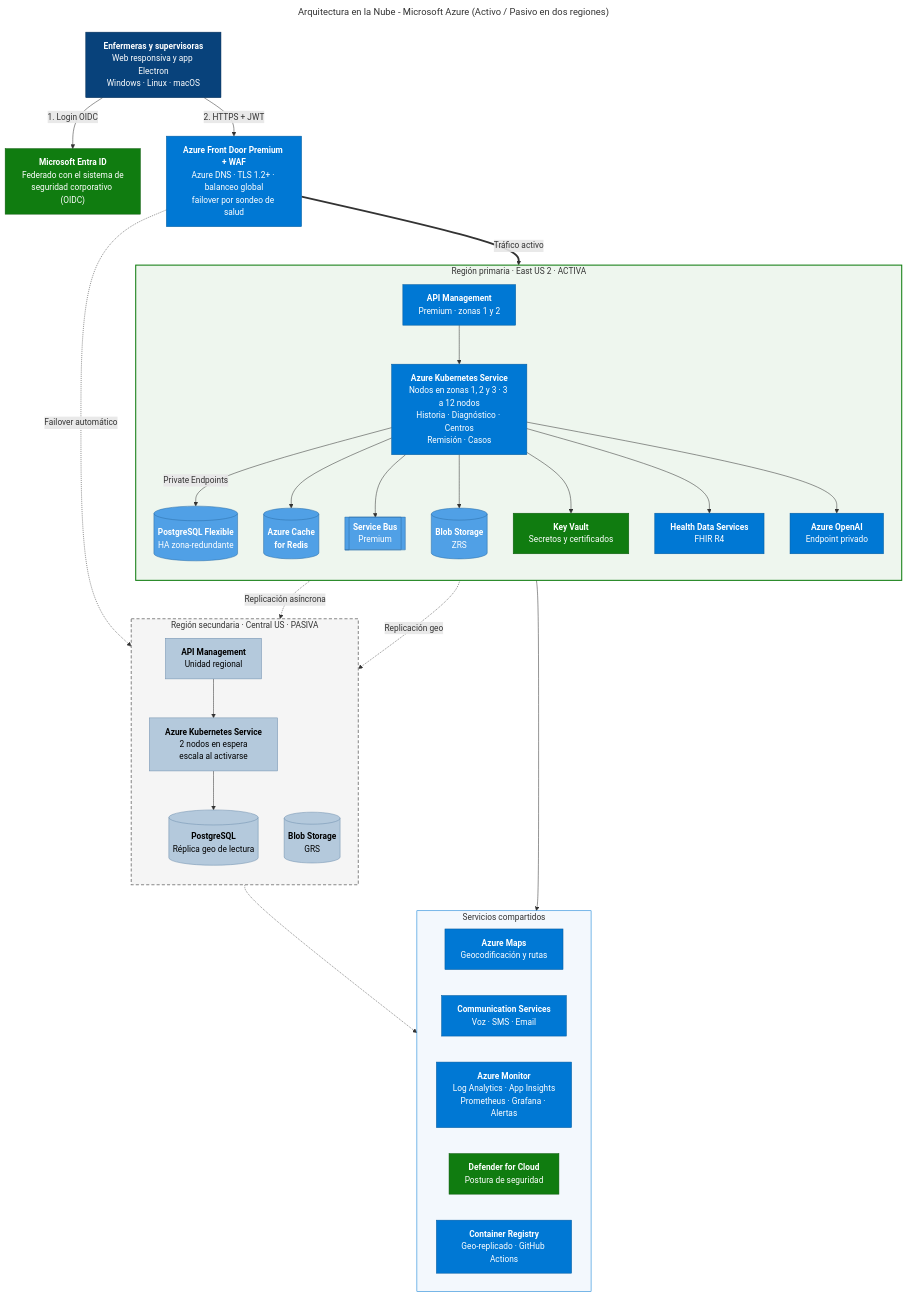
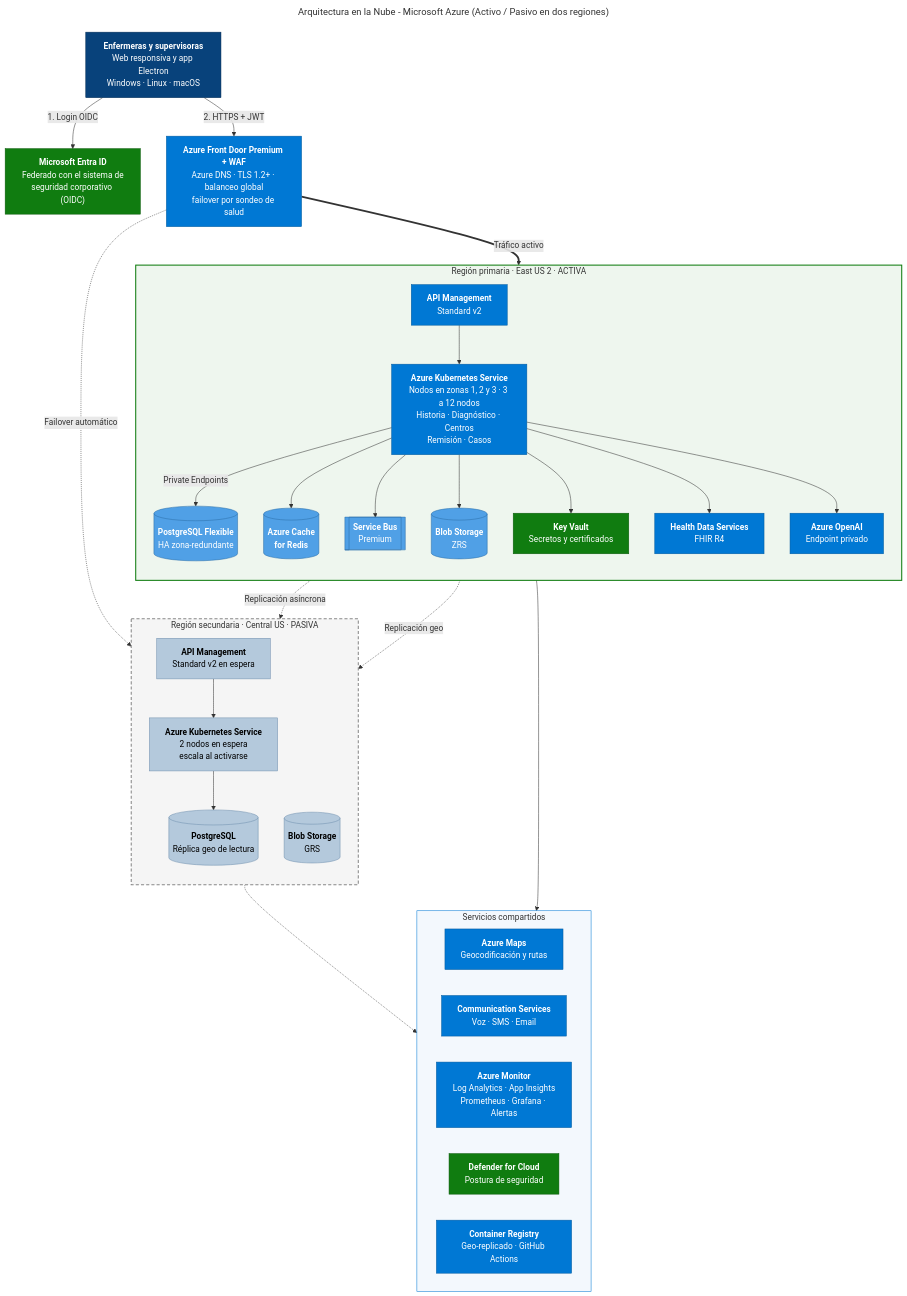
The diagram in diagramas/05-nube-azure.mmd (Jordy-Lv/medical-health-cloud-architecture), drawn with Mermaid before and after one commit. The commit also changed 1 other file, not shown here.

Commit message:
Ajusta API Management a Standard v2 en el diagrama de nube

```diff
--- a/diagramas/05-nube-azure.mmd
+++ b/diagramas/05-nube-azure.mmd
@@ -1,68 +1,68 @@
 ---
 title: Arquitectura en la Nube - Microsoft Azure (Activo / Pasivo en dos regiones)
 ---
 flowchart TB
   usuarios["<b>Enfermeras y supervisoras</b><br/>Web responsiva y app Electron<br/>Windows · Linux · macOS"]
   entra["<b>Microsoft Entra ID</b><br/>Federado con el sistema de<br/>seguridad corporativo (OIDC)"]
   afd["<b>Azure Front Door Premium + WAF</b><br/>Azure DNS · TLS 1.2+ · balanceo global<br/>failover por sondeo de salud"]
 
   usuarios -- "1. Login OIDC" --> entra
   usuarios -- "2. HTTPS + JWT" --> afd
 
   subgraph primaria["Región primaria · East US 2 · ACTIVA"]
     direction TB
-    apim1["<b>API Management</b><br/>Premium · zonas 1 y 2"]
+    apim1["<b>API Management</b><br/>Standard v2"]
     aks1["<b>Azure Kubernetes Service</b><br/>Nodos en zonas 1, 2 y 3 · 3 a 12 nodos<br/>Historia · Diagnóstico · Centros<br/>Remisión · Casos"]
     pg1[("<b>PostgreSQL Flexible</b><br/>HA zona-redundante")]
     redis1[("<b>Azure Cache<br/>for Redis</b>")]
     sb1[["<b>Service Bus</b><br/>Premium"]]
     blob1[("<b>Blob Storage</b><br/>ZRS")]
     kv1["<b>Key Vault</b><br/>Secretos y certificados"]
     fhir["<b>Health Data Services</b><br/>FHIR R4"]
     aoai["<b>Azure OpenAI</b><br/>Endpoint privado"]
     apim1 --> aks1
     aks1 -- "Private Endpoints" --> pg1
     aks1 --> redis1 & sb1 & blob1 & kv1
     aks1 --> fhir & aoai
   end
 
   subgraph secundaria["Región secundaria · Central US · PASIVA"]
     direction TB
-    apim2["<b>API Management</b><br/>Unidad regional"]
+    apim2["<b>API Management</b><br/>Standard v2 en espera"]
     aks2["<b>Azure Kubernetes Service</b><br/>2 nodos en espera<br/>escala al activarse"]
     pg2[("<b>PostgreSQL</b><br/>Réplica geo de lectura")]
     blob2[("<b>Blob Storage</b><br/>GRS")]
     apim2 --> aks2
     aks2 --> pg2
   end
 
   afd == "Tráfico activo" ==> apim1
   afd -. "Failover automático" .-> apim2
   pg1 -. "Replicación asíncrona" .-> pg2
   blob1 -. "Replicación geo" .-> blob2
 
   subgraph transversales["Servicios compartidos"]
     direction LR
     maps["<b>Azure Maps</b><br/>Geocodificación y rutas"]
     acs["<b>Communication Services</b><br/>Voz · SMS · Email"]
     monitor["<b>Azure Monitor</b><br/>Log Analytics · App Insights<br/>Prometheus · Grafana · Alertas"]
     defender["<b>Defender for Cloud</b><br/>Postura de seguridad"]
     acr["<b>Container Registry</b><br/>Geo-replicado · GitHub Actions"]
   end
 
   aks1 --> transversales
   aks2 -.-> transversales
 
   classDef az fill:#0078d4,stroke:#005a9e,color:#ffffff
   classDef datos fill:#50a0e6,stroke:#2b6fa8,color:#ffffff
   classDef pasivo fill:#b4c9dc,stroke:#6f8fae,color:#000000
   classDef usuario fill:#08427b,stroke:#052e56,color:#ffffff
   classDef sec fill:#107c10,stroke:#0b5a0b,color:#ffffff
   class usuarios usuario
   class afd,apim1,aks1,fhir,aoai,maps,acs,monitor,acr az
   class pg1,redis1,sb1,blob1 datos
   class entra,kv1,defender sec
   class apim2,aks2,pg2,blob2 pasivo
   style primaria fill:#eef6ee,stroke:#107c10,stroke-width:2px
   style secundaria fill:#f5f5f5,stroke:#888888,stroke-width:2px,stroke-dasharray:6 4
   style transversales fill:#f3f8fd,stroke:#0078d4
```
